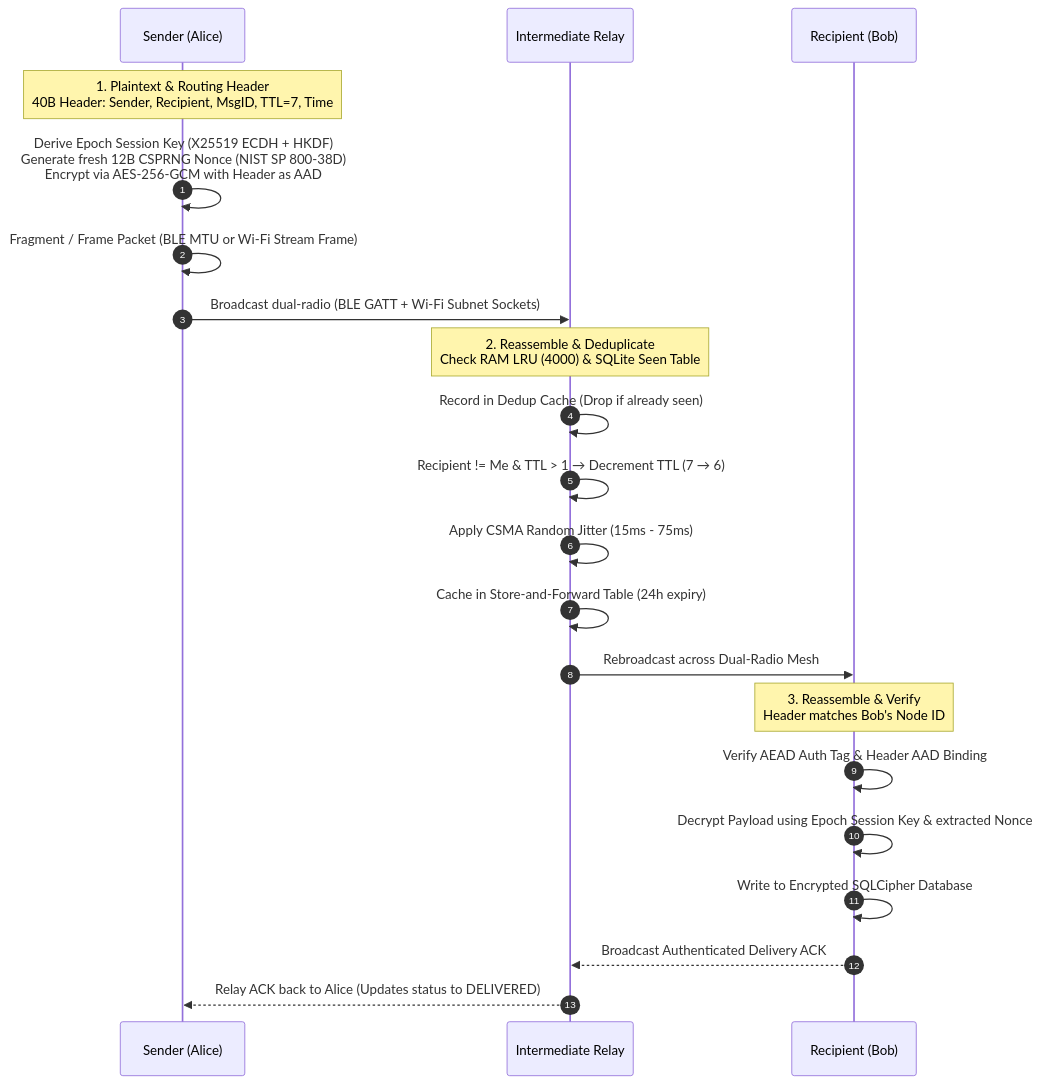
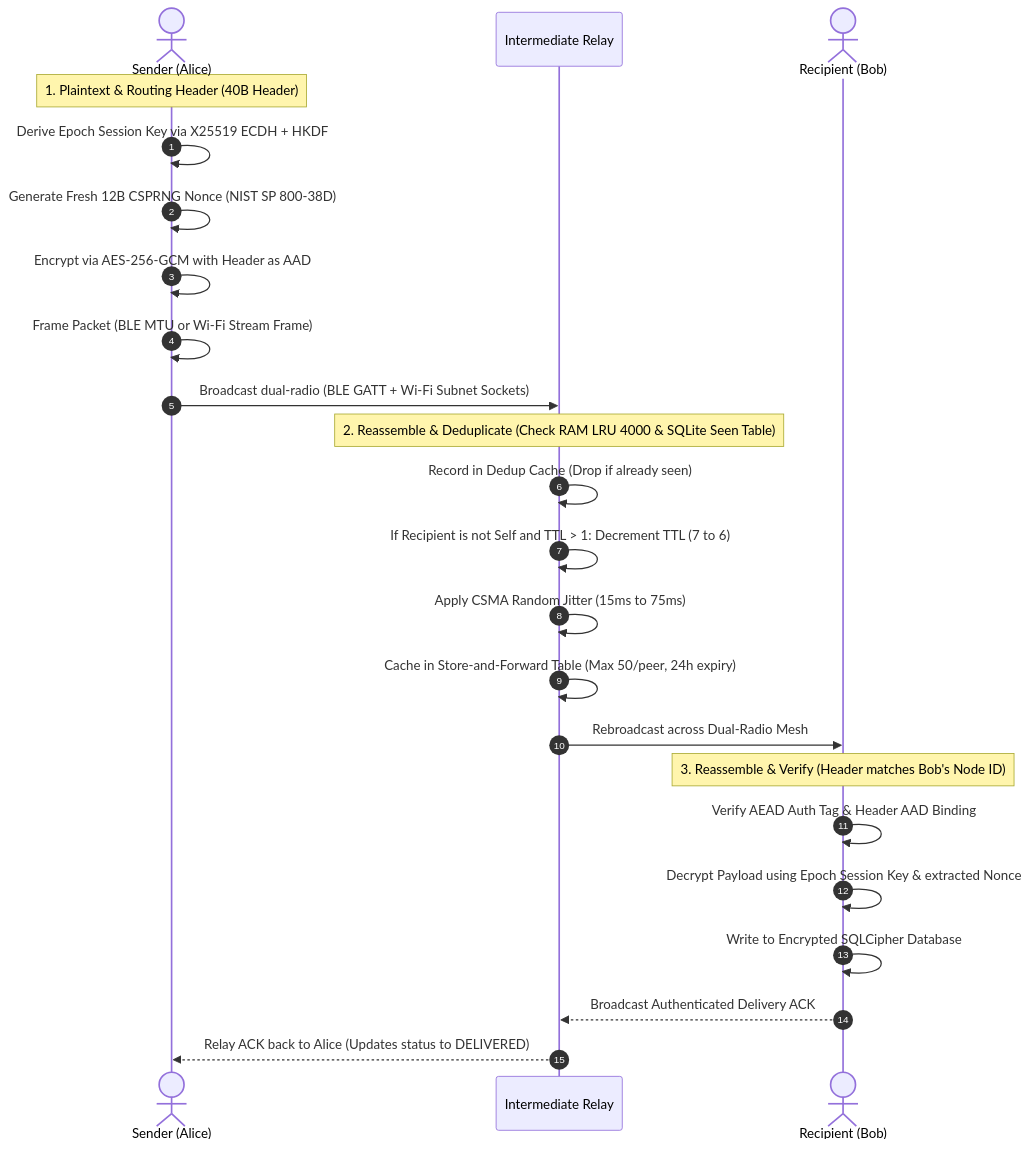
The second of 2 diagrams in README.md (gintama1018/BIT-FOR-US), drawn with Mermaid before and after one commit. The commit also changed other lines of this file and 1 other file, not shown here.

Commit message:
docs: replace broken KaTeX math blocks with code blocks and add comprehensive Mermaid architecture diagrams

````diff
--- a/README.md
+++ b/README.md
@@ -90,26 +98,28 @@
 ```mermaid
 sequenceDiagram
     autonumber
-    participant Alice as Sender (Alice)
+    actor Alice as Sender (Alice)
     participant Relay as Intermediate Relay
-    participant Bob as Recipient (Bob)
+    actor Bob as Recipient (Bob)
 
-    Note over Alice: 1. Plaintext & Routing Header<br/>40B Header: Sender, Recipient, MsgID, TTL=7, Time
-    Alice->>Alice: Derive Epoch Session Key (X25519 ECDH + HKDF)<br/>Generate fresh 12B CSPRNG Nonce (NIST SP 800-38D)<br/>Encrypt via AES-256-GCM with Header as AAD
-    Alice->>Alice: Fragment / Frame Packet (BLE MTU or Wi-Fi Stream Frame)
+    Note over Alice: 1. Plaintext & Routing Header (40B Header)
+    Alice->>Alice: Derive Epoch Session Key via X25519 ECDH + HKDF
+    Alice->>Alice: Generate Fresh 12B CSPRNG Nonce (NIST SP 800-38D)
+    Alice->>Alice: Encrypt via AES-256-GCM with Header as AAD
+    Alice->>Alice: Frame Packet (BLE MTU or Wi-Fi Stream Frame)
     Alice->>Relay: Broadcast dual-radio (BLE GATT + Wi-Fi Subnet Sockets)
 
-    Note over Relay: 2. Reassemble & Deduplicate<br/>Check RAM LRU (4000) & SQLite Seen Table
+    Note over Relay: 2. Reassemble & Deduplicate (Check RAM LRU 4000 & SQLite Seen Table)
     Relay->>Relay: Record in Dedup Cache (Drop if already seen)
-    Relay->>Relay: Recipient != Me & TTL > 1 → Decrement TTL (7 → 6)
-    Relay->>Relay: Apply CSMA Random Jitter (15ms - 75ms)
-    Relay->>Relay: Cache in Store-and-Forward Table (24h expiry)
+    Relay->>Relay: If Recipient is not Self and TTL > 1: Decrement TTL (7 to 6)
+    Relay->>Relay: Apply CSMA Random Jitter (15ms to 75ms)
+    Relay->>Relay: Cache in Store-and-Forward Table (Max 50/peer, 24h expiry)
     Relay->>Bob: Rebroadcast across Dual-Radio Mesh
 
-    Note over Bob: 3. Reassemble & Verify<br/>Header matches Bob's Node ID
+    Note over Bob: 3. Reassemble & Verify (Header matches Bob's Node ID)
     Bob->>Bob: Verify AEAD Auth Tag & Header AAD Binding
     Bob->>Bob: Decrypt Payload using Epoch Session Key & extracted Nonce
     Bob->>Bob: Write to Encrypted SQLCipher Database
     Bob-->>Relay: Broadcast Authenticated Delivery ACK
     Relay-->>Alice: Relay ACK back to Alice (Updates status to DELIVERED)
 ```
````
